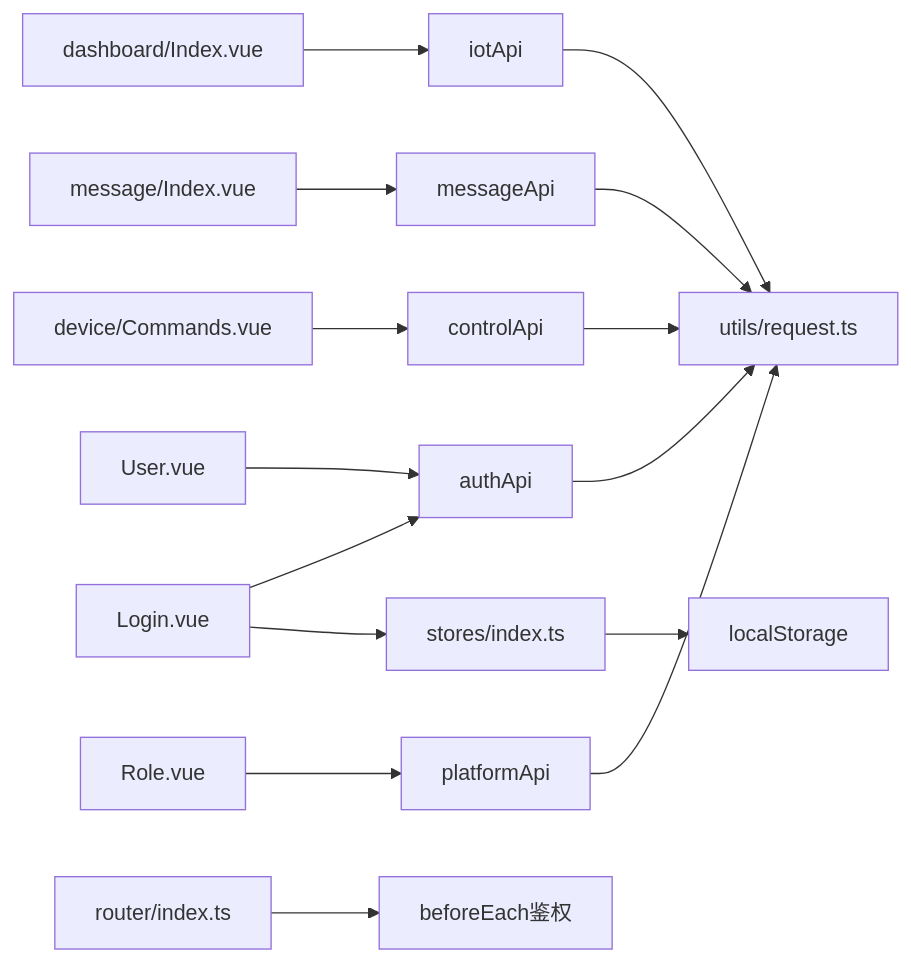
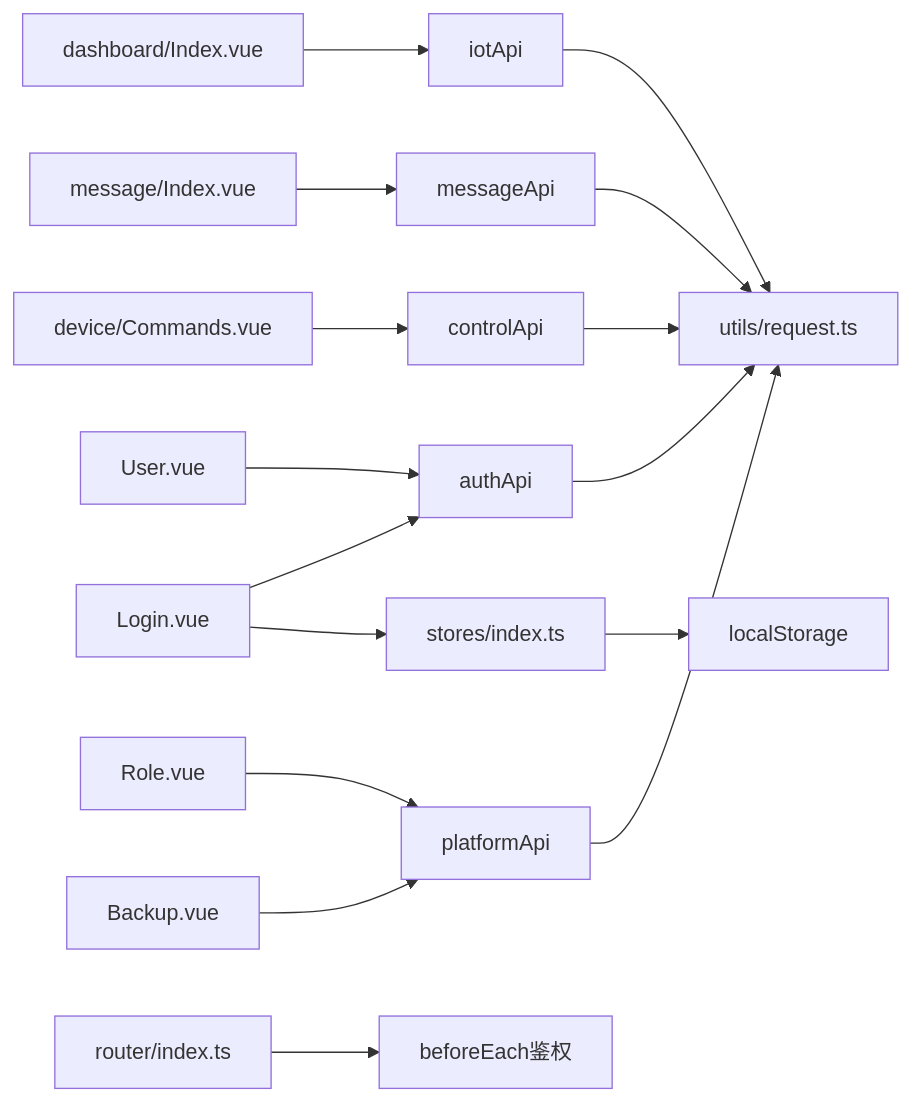
Diagram 13 of 13 in .qoder/repowiki/zh/content/前端应用文档/核心页面/系统管理页面/系统管理页面.md (q446328246/agri-platform), drawn with Mermaid before and after one commit. The commit also changed other lines of this file and 49 other files, not shown here.

````diff
--- a/.qoder/repowiki/zh/content/前端应用文档/核心页面/系统管理页面/系统管理页面.md
+++ b/.qoder/repowiki/zh/content/前端应用文档/核心页面/系统管理页面/系统管理页面.md
@@ -495,17 +609,18 @@
 ```mermaid
 graph LR
 Login["Login.vue"] --> AuthAPI["authApi"]
 User["User.vue"] --> AuthAPI
 Role["Role.vue"] --> PlatformAPI["platformApi"]
+Backup["Backup.vue"] --> PlatformAPI
 Message["message/Index.vue"] --> MessageAPI["messageApi"]
 Commands["device/Commands.vue"] --> ControlAPI["controlApi"]
 Dashboard["dashboard/Index.vue"] --> IotAPI["iotApi"]
 IotAPI --> Request["utils/request.ts"]
 MessageAPI --> Request
 ControlAPI --> Request
 AuthAPI --> Request
 PlatformAPI --> Request
 Login --> Store["stores/index.ts"]
 Store --> LocalStorage["localStorage"]
 Router["router/index.ts"] --> Guard["beforeEach鉴权"]
 ```
````
